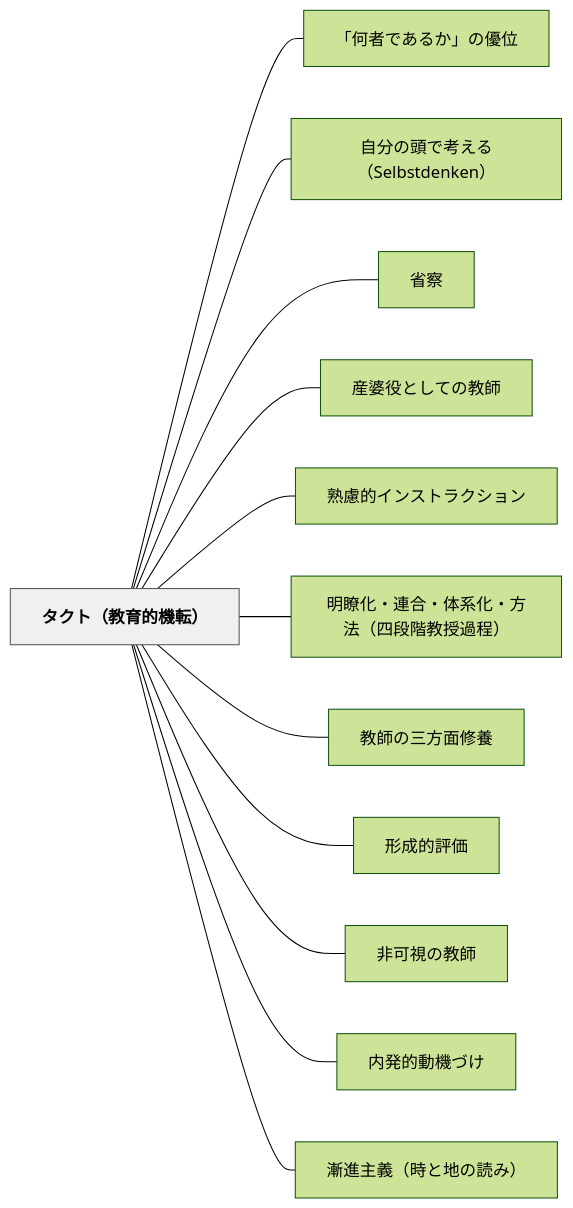
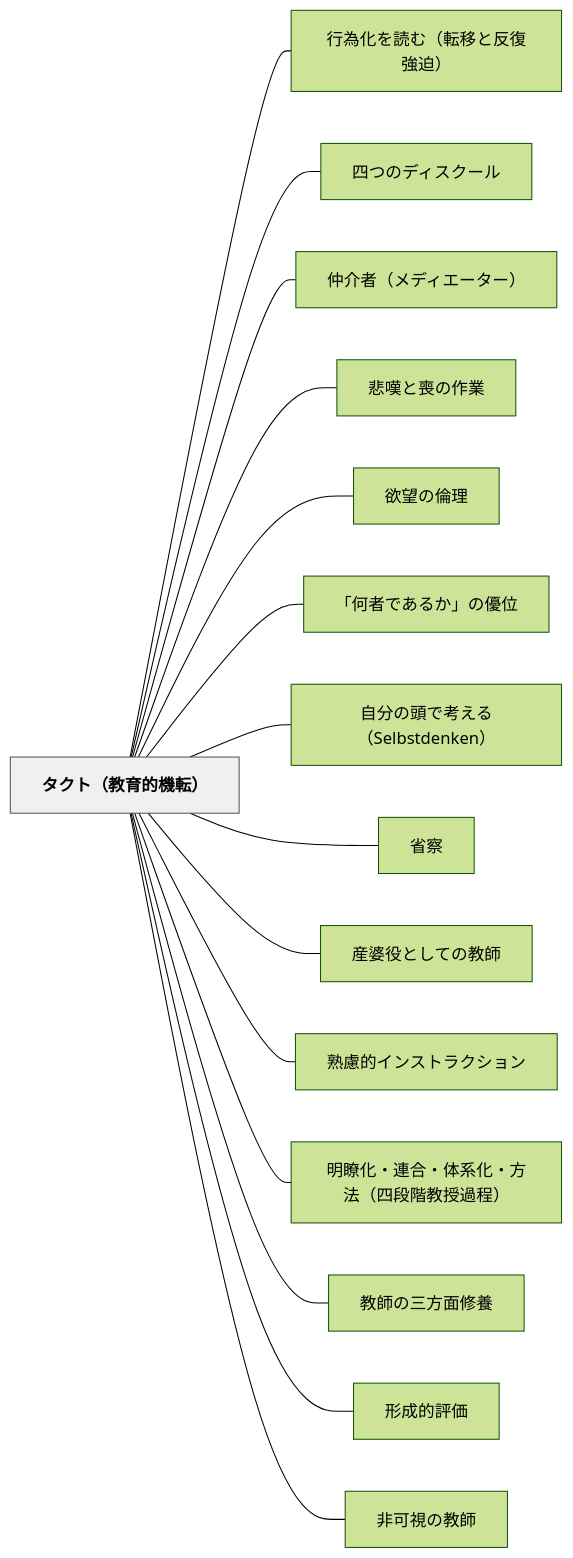
One commit to unknownthings-ed-patterns/unknownthings-ed-patterns changed the diagram in content/パタン/タクト（教育的機転）.md. Above: the diagram before and after it, drawn with Mermaid (forest theme). The commit also changed other lines of this file and 185 other files, not shown here.

````diff
--- a/content/パタン/タクト（教育的機転）.md
+++ b/content/パタン/タクト（教育的機転）.md
@@ -104,30 +104,36 @@
 ```mermaid
 flowchart LR
     ne382bfe382afe38388efbc88e69599e882b2e79a84e6a99fe8bba2efbc89["タクト（教育的機転）"]
+    ne8a18ce782bae58c96e38292e8aaade38280efbc88e8bba2e7a7bbe381a8e58f8de5bea9e5bcb7e8bfabefbc89["行為化を読む（転移と反復強迫）"]
+    ne59b9be381a4e381aee38387e382a3e382b9e382afe383bce383ab["四つのディスクール"]
+    ne4bbb2e4bb8be88085efbc88e383a1e38387e382a3e382a8e383bce382bfe383bcefbc89["仲介者（メディエーター）"]
+    ne682b2e59886e381a8e596aae381aee4bd9ce6a5ad["悲嘆と喪の作業"]
+    ne6acb2e69c9be381aee580abe79086["欲望の倫理"]
     ne3808ce4bd95e88085e381a7e38182e3828be3818be3808de381aee584aae4bd8d["「何者であるか」の優位"]
     ne887aae58886e381aee9a0ade381a7e88083e38188e3828befbc8853656c62737464656e6b656eefbc89["自分の頭で考える（Selbstdenken）"]
     ne79c81e5af9f["省察"]
     ne794a3e5a986e5bdb9e381a8e38197e381a6e381aee69599e5b8ab["産婆役としての教師"]
     ne7869fe685aee79a84e382a4e383b3e382b9e38388e383a9e382afe382b7e383a7e383b3["熟慮的インストラクション"]
     ne6988ee79eade58c96e383bbe980a3e59088e383bbe4bd93e7b3bbe58c96e383bbe696b9e6b395efbc88e59b9be6aeb5e99a8ee69599e68e88e9818ee7a88befbc89["明瞭化・連合・体系化・方法（四段階教授過程）"]
     ne69599e5b8abe381aee4b889e696b9e99da2e4bfaee9a48a["教師の三方面修養"]
     ne5bda2e68890e79a84e8a995e4bea1["形成的評価"]
     ne99d9ee58fafe8a696e381aee69599e5b8ab["非可視の教師"]
-    ne58685e799bae79a84e58b95e6a99fe381a5e38191["内発的動機づけ"]
-    ne6bcb8e980b2e4b8bbe7bea9efbc88e69982e381a8e59cb0e381aee8aaade381bfefbc89["漸進主義（時と地の読み）"]
 
+    ne382bfe382afe38388efbc88e69599e882b2e79a84e6a99fe8bba2efbc89 --- ne8a18ce782bae58c96e38292e8aaade38280efbc88e8bba2e7a7bbe381a8e58f8de5bea9e5bcb7e8bfabefbc89
+    ne382bfe382afe38388efbc88e69599e882b2e79a84e6a99fe8bba2efbc89 --- ne59b9be381a4e381aee38387e382a3e382b9e382afe383bce383ab
+    ne382bfe382afe38388efbc88e69599e882b2e79a84e6a99fe8bba2efbc89 --- ne4bbb2e4bb8be88085efbc88e383a1e38387e382a3e382a8e383bce382bfe383bcefbc89
+    ne382bfe382afe38388efbc88e69599e882b2e79a84e6a99fe8bba2efbc89 --- ne682b2e59886e381a8e596aae381aee4bd9ce6a5ad
+    ne382bfe382afe38388efbc88e69599e882b2e79a84e6a99fe8bba2efbc89 --- ne6acb2e69c9be381aee580abe79086
     ne382bfe382afe38388efbc88e69599e882b2e79a84e6a99fe8bba2efbc89 --- ne3808ce4bd95e88085e381a7e38182e3828be3818be3808de381aee584aae4bd8d
     ne382bfe382afe38388efbc88e69599e882b2e79a84e6a99fe8bba2efbc89 --- ne887aae58886e381aee9a0ade381a7e88083e38188e3828befbc8853656c62737464656e6b656eefbc89
     ne382bfe382afe38388efbc88e69599e882b2e79a84e6a99fe8bba2efbc89 --- ne79c81e5af9f
     ne382bfe382afe38388efbc88e69599e882b2e79a84e6a99fe8bba2efbc89 --- ne794a3e5a986e5bdb9e381a8e38197e381a6e381aee69599e5b8ab
     ne382bfe382afe38388efbc88e69599e882b2e79a84e6a99fe8bba2efbc89 --- ne7869fe685aee79a84e382a4e383b3e382b9e38388e383a9e382afe382b7e383a7e383b3
     ne382bfe382afe38388efbc88e69599e882b2e79a84e6a99fe8bba2efbc89 --- ne6988ee79eade58c96e383bbe980a3e59088e383bbe4bd93e7b3bbe58c96e383bbe696b9e6b395efbc88e59b9be6aeb5e99a8ee69599e68e88e9818ee7a88befbc89
     ne382bfe382afe38388efbc88e69599e882b2e79a84e6a99fe8bba2efbc89 --- ne69599e5b8abe381aee4b889e696b9e99da2e4bfaee9a48a
     ne382bfe382afe38388efbc88e69599e882b2e79a84e6a99fe8bba2efbc89 --- ne5bda2e68890e79a84e8a995e4bea1
     ne382bfe382afe38388efbc88e69599e882b2e79a84e6a99fe8bba2efbc89 --- ne99d9ee58fafe8a696e381aee69599e5b8ab
-    ne382bfe382afe38388efbc88e69599e882b2e79a84e6a99fe8bba2efbc89 --- ne58685e799bae79a84e58b95e6a99fe381a5e38191
-    ne382bfe382afe38388efbc88e69599e882b2e79a84e6a99fe8bba2efbc89 --- ne6bcb8e980b2e4b8bbe7bea9efbc88e69982e381a8e59cb0e381aee8aaade381bfefbc89
 
     classDef hub fill:#f0f0f0,stroke:#555,color:#000,font-weight:bold
     class ne382bfe382afe38388efbc88e69599e882b2e79a84e6a99fe8bba2efbc89 hub
 ```
````
